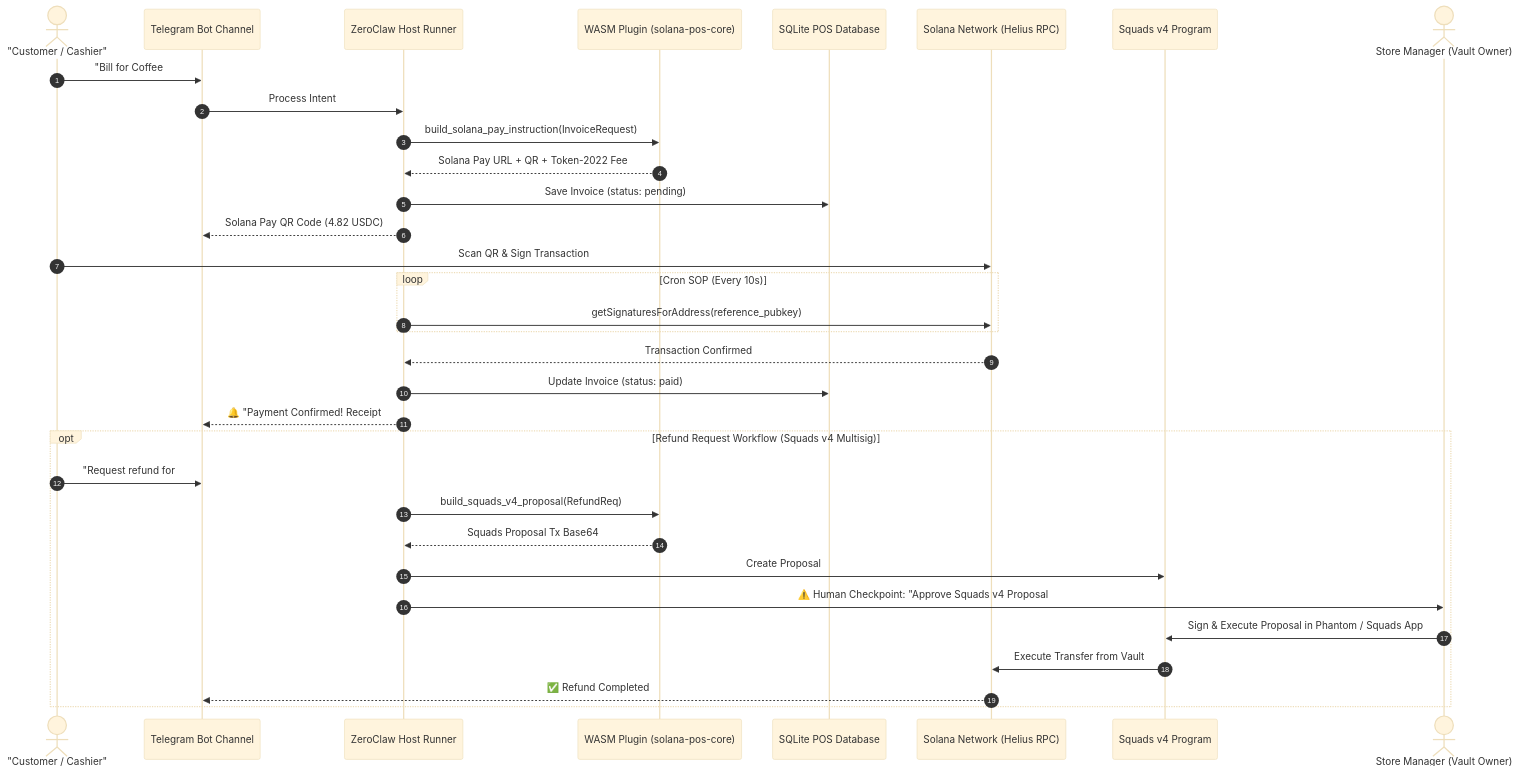
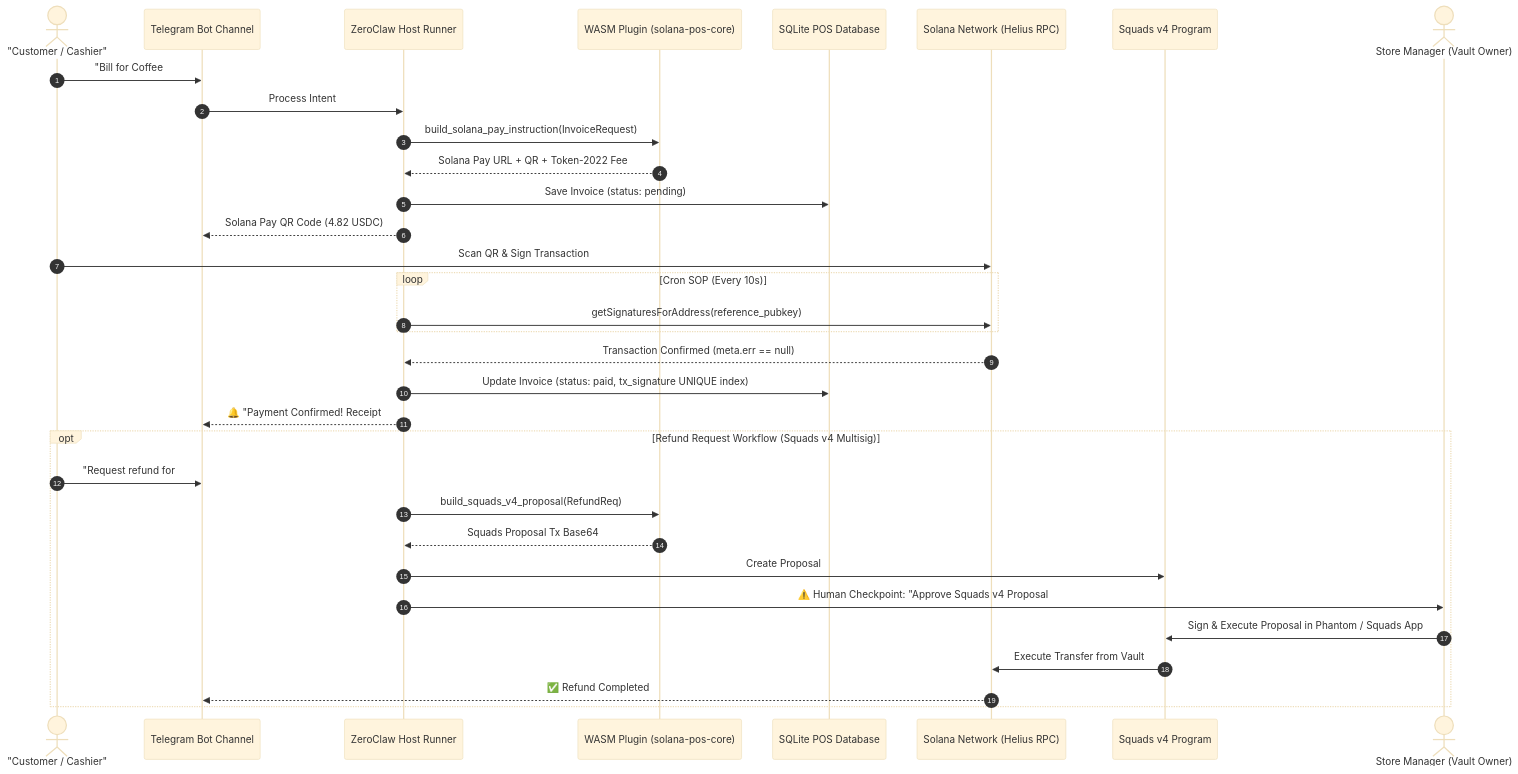
One commit to Broadwayman3/native_plugin_for_zeroclaw changed the diagram in README.md. Above: the diagram before and after it, drawn with Mermaid (base theme). The commit also changed other lines of this file and 12 other files, not shown here.

Commit message:
feat: complete ZeroClaw Solana POS audit fixes, WIT contract sync, 75 boundary tests, input sanitizer & signature replay lock

````diff
--- a/README.md
+++ b/README.md
@@ -16,38 +16,38 @@
 ```mermaid
 sequenceDiagram
     autonumber
     actor Customer as "Customer / Cashier"
     participant Telegram as Telegram Bot Channel
     participant Host as ZeroClaw Host Runner
     participant WASM as WASM Plugin (solana-pos-core)
     participant DB as SQLite POS Database
     participant Solana as Solana Network (Helius RPC)
     participant Squads as Squads v4 Program
     actor Manager as Store Manager (Vault Owner)
 
     Customer->>Telegram: "Bill for Coffee #102, 200 UAH"
     Telegram->>Host: Process Intent
     Host->>WASM: build_solana_pay_instruction(InvoiceRequest)
     WASM-->>Host: Solana Pay URL + QR + Token-2022 Fee
     Host->>DB: Save Invoice (status: pending)
     Host-->>Telegram: Solana Pay QR Code (4.82 USDC)
     Customer->>Solana: Scan QR & Sign Transaction
     
     loop Cron SOP (Every 10s)
         Host->>Solana: getSignaturesForAddress(reference_pubkey)
     end
-    Solana-->>Host: Transaction Confirmed
-    Host->>DB: Update Invoice (status: paid)
+    Solana-->>Host: Transaction Confirmed (meta.err == null)
+    Host->>DB: Update Invoice (status: paid, tx_signature UNIQUE index)
     Host-->>Telegram: 🔔 "Payment Confirmed! Receipt #102 issued."
     
     opt Refund Request Workflow (Squads v4 Multisig)
         Customer->>Telegram: "Request refund for #102"
         Host->>WASM: build_squads_v4_proposal(RefundReq)
         WASM-->>Host: Squads Proposal Tx Base64
-        Host->>Squads: Create Proposal #42
-        Host->>Manager: ⚠️ Human Checkpoint: "Approve Squads v4 Proposal #42?"
+        Host->>Squads: Create Proposal #105
+        Host->>Manager: ⚠️ Human Checkpoint: "Approve Squads v4 Proposal #105?"
         Manager->>Squads: Sign & Execute Proposal in Phantom / Squads App
         Squads->>Solana: Execute Transfer from Vault
         Solana-->>Telegram: ✅ Refund Completed
     end
 ```
````
